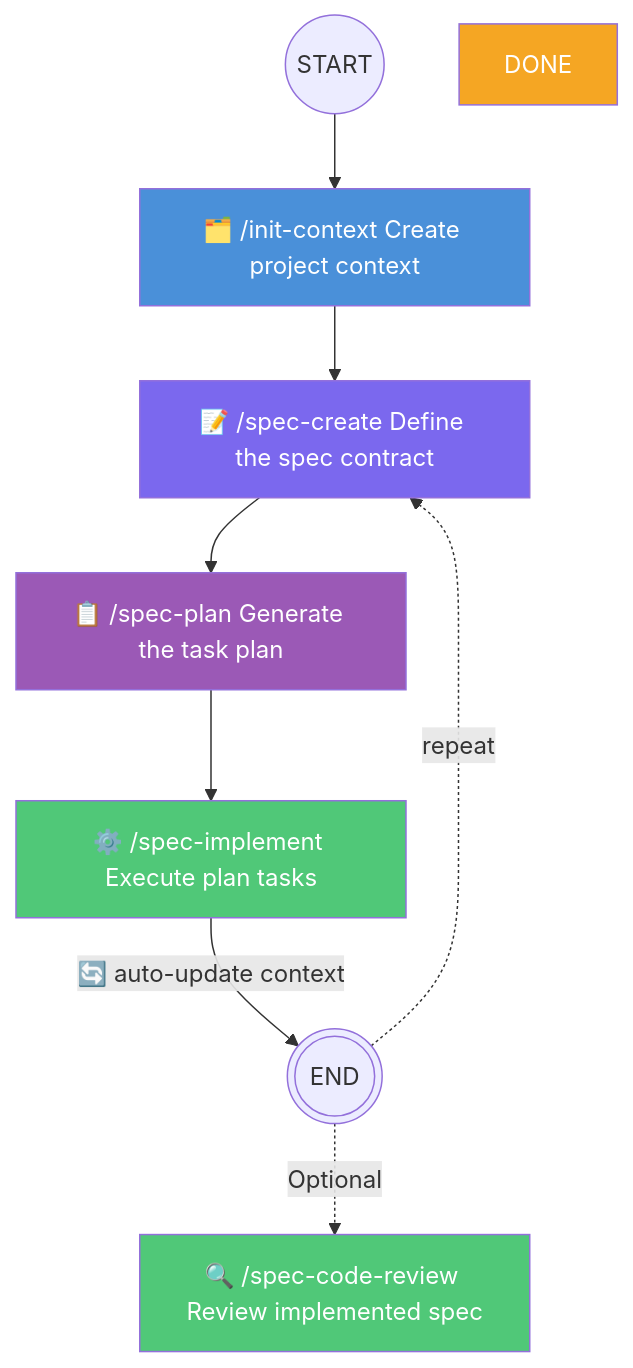
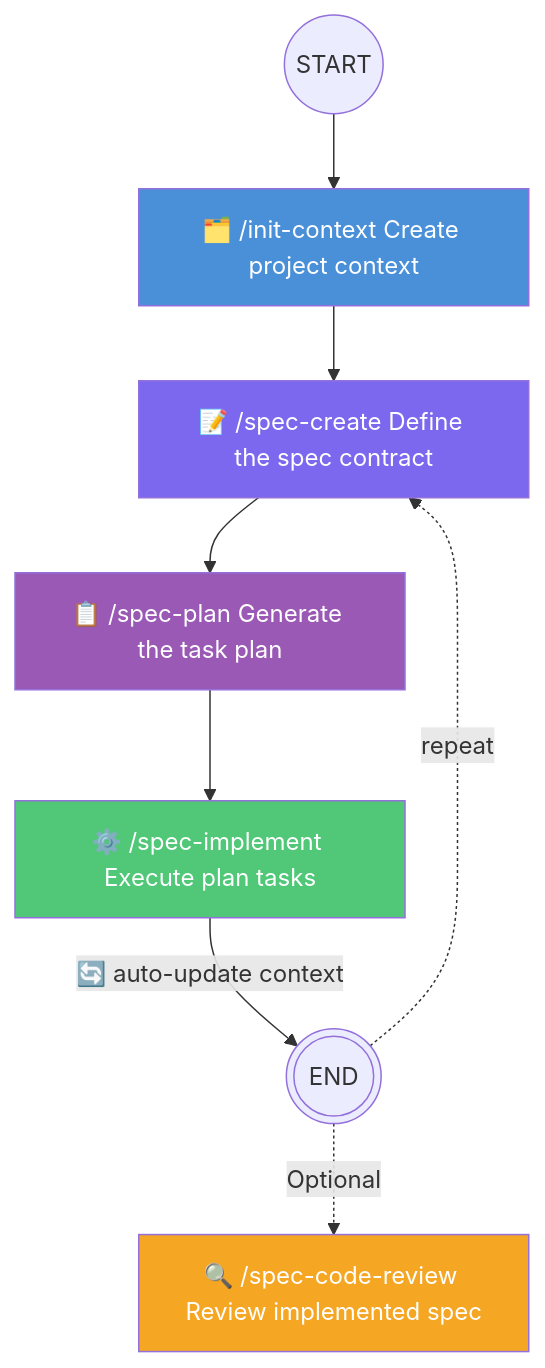
One commit to AlessioScarfone/barespec changed the first of 2 diagrams in README.md. Above: the diagram before and after it, drawn with Mermaid.

Commit message:
fix: update flowchart colors for clarity in README

````diff
--- a/README.md
+++ b/README.md
@@ -185,16 +185,15 @@
 ```mermaid
 flowchart TD
     START((START)) --> CTX["🗂️ /init-context Create project context"] --> SPEC
 
     SPEC["📝 /spec-create Define the spec contract"] --> PLAN
     PLAN["📋 /spec-plan Generate the task plan"] --> IMPL
     IMPL["⚙️ /spec-implement Execute plan tasks"] -->|"🔄 auto-update context"| END(((END))) -.->|repeat| SPEC
     END -.-> |Optional|CODE_REVIEW["🔍 /spec-code-review Review implemented spec"]
 
     style CTX fill:#4A90D9,color:#fff
     style SPEC fill:#7B68EE,color:#fff
     style PLAN fill:#9B59B6,color:#fff
     style IMPL fill:#50C878,color:#fff
-    style CODE_REVIEW fill:#50C878,color:#fff
-    style DONE fill:#F5A623,color:#fff
+    style CODE_REVIEW fill:#F5A623,color:#fff
 ```
````
